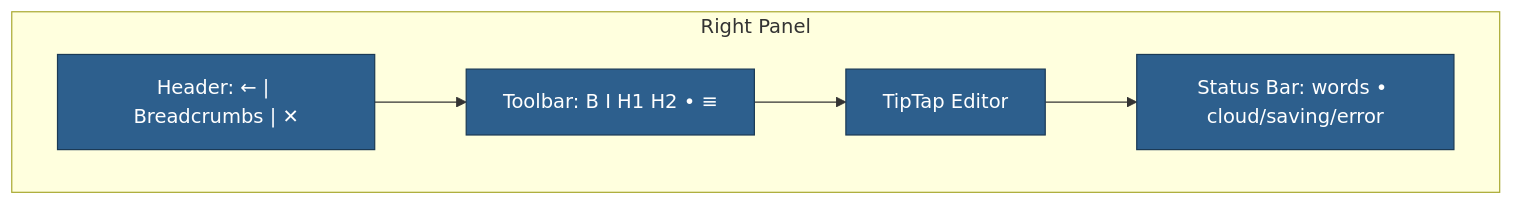
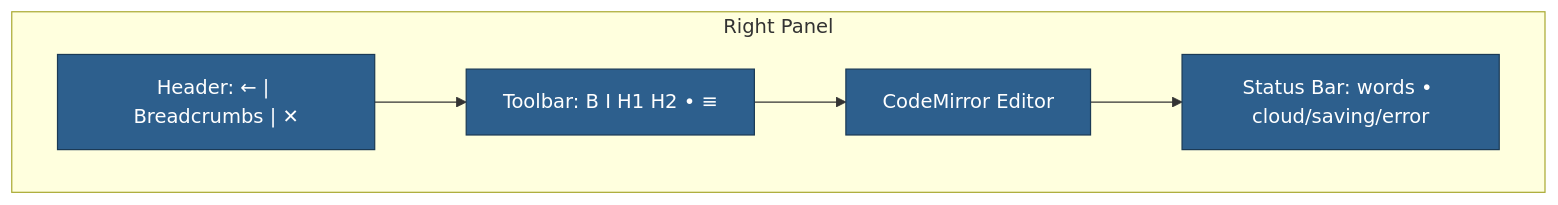
Before and after one commit to haowjy/meridian: the diagram in _docs/technical/frontend/editor-ui-overview.md, drawn with Mermaid. The commit also changed 18 other files, not shown here.

Commit message:
Update documentation to reflect CodeMirror integration

````diff
--- a/_docs/technical/frontend/editor-ui-overview.md
+++ b/_docs/technical/frontend/editor-ui-overview.md
@@ -13,14 +13,14 @@
 ```mermaid
 flowchart TB
   subgraph "Right Panel"
     Header["Header: ← | Breadcrumbs | ✕"]
     Toolbar["Toolbar: B I H1 H2 • ≡"]
-    Editor["TipTap Editor"]
+    Editor["CodeMirror Editor"]
     Status["Status Bar: words • cloud/saving/error"]
   end
 
   Header --> Toolbar --> Editor --> Status
 
   classDef ui fill:#2d5f8d,stroke:#1b3a56,color:#fff
   class Header,Toolbar,Editor,Status ui
 ```
````
